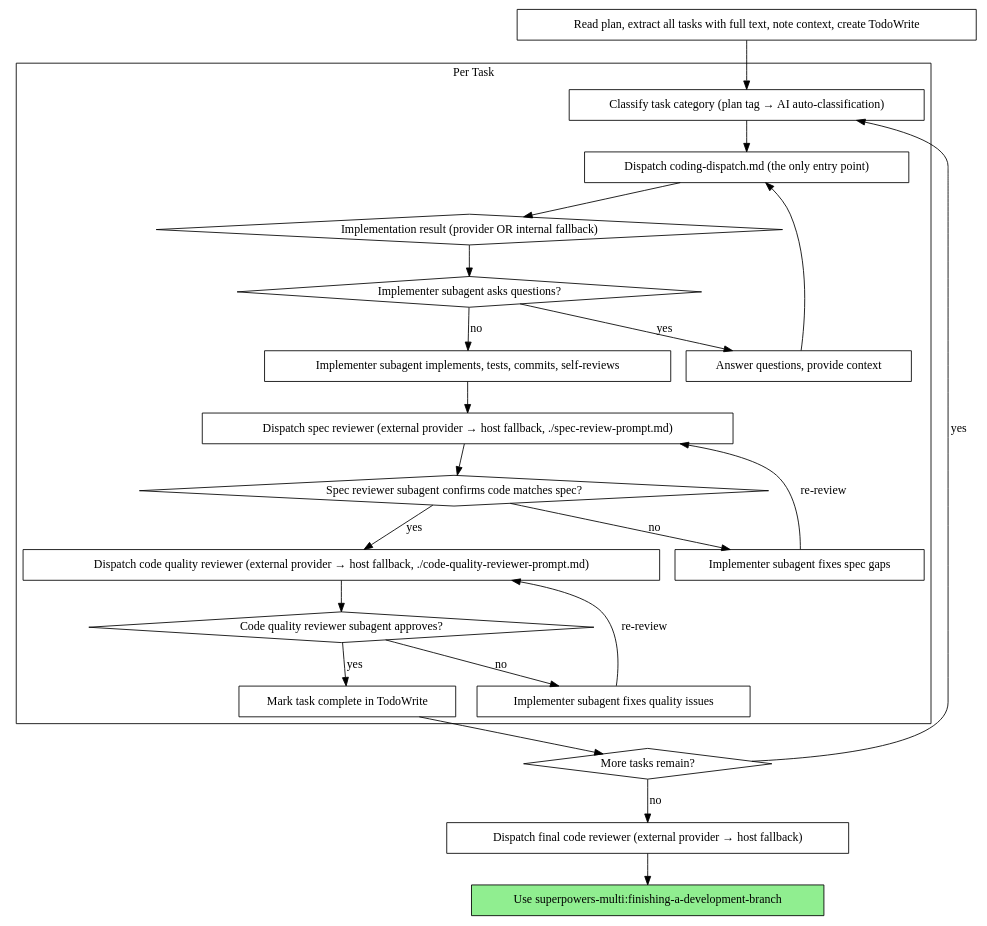
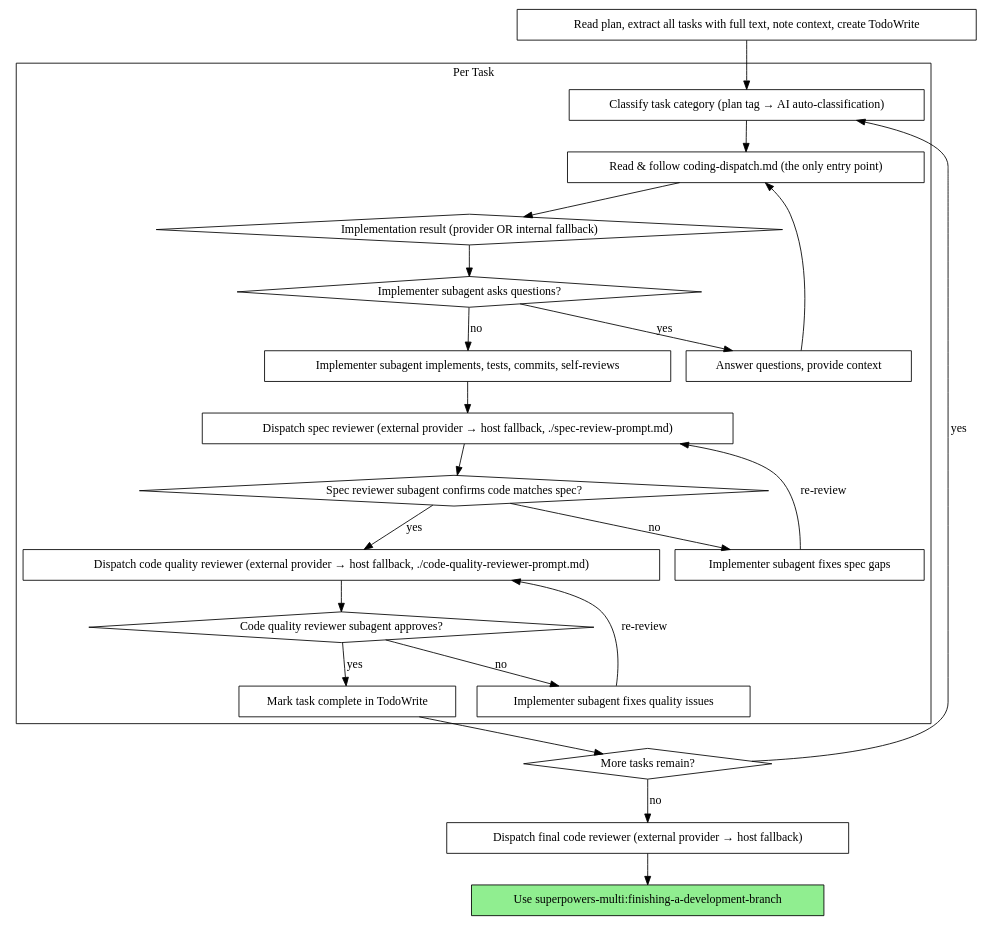
Before and after one commit to undrthemt/superpowers-multi: the second of 2 diagrams in skills/subagent-driven-development/SKILL.md, drawn with Graphviz. The commit also changed other lines of this file, not shown here.

Commit message:
feat(sdd): replace 'invoke X.md' with 'Read & follow X.md' in SKILL.md

````diff
--- a/skills/subagent-driven-development/SKILL.md
+++ b/skills/subagent-driven-development/SKILL.md
@@ -89,48 +89,48 @@
 ```dot
 digraph process {
     rankdir=TB;
 
     subgraph cluster_per_task {
         label="Per Task";
         "Classify task category (plan tag → AI auto-classification)" [shape=box];
-        "Dispatch coding-dispatch.md (the only entry point)" [shape=box];
+        "Read & follow coding-dispatch.md (the only entry point)" [shape=box];
         "Implementation result (provider OR internal fallback)" [shape=diamond];
         "Implementer subagent asks questions?" [shape=diamond];
         "Answer questions, provide context" [shape=box];
         "Implementer subagent implements, tests, commits, self-reviews" [shape=box];
         "Dispatch spec reviewer (external provider → host fallback, ./spec-review-prompt.md)" [shape=box];
         "Spec reviewer subagent confirms code matches spec?" [shape=diamond];
         "Implementer subagent fixes spec gaps" [shape=box];
         "Dispatch code quality reviewer (external provider → host fallback, ./code-quality-reviewer-prompt.md)" [shape=box];
         "Code quality reviewer subagent approves?" [shape=diamond];
         "Implementer subagent fixes quality issues" [shape=box];
         "Mark task complete in TodoWrite" [shape=box];
     }
 
     "Read plan, extract all tasks with full text, note context, create TodoWrite" [shape=box];
     "More tasks remain?" [shape=diamond];
     "Dispatch final code reviewer (external provider → host fallback)" [shape=box];
     "Use superpowers-multi:finishing-a-development-branch" [shape=box style=filled fillcolor=lightgreen];
 
     "Read plan, extract all tasks with full text, note context, create TodoWrite" -> "Classify task category (plan tag → AI auto-classification)";
-    "Classify task category (plan tag → AI auto-classification)" -> "Dispatch coding-dispatch.md (the only entry point)";
-    "Dispatch coding-dispatch.md (the only entry point)" -> "Implementation result (provider OR internal fallback)";
+    "Classify task category (plan tag → AI auto-classification)" -> "Read & follow coding-dispatch.md (the only entry point)";
+    "Read & follow coding-dispatch.md (the only entry point)" -> "Implementation result (provider OR internal fallback)";
     "Implementation result (provider OR internal fallback)" -> "Implementer subagent asks questions?";
     "Implementer subagent asks questions?" -> "Answer questions, provide context" [label="yes"];
-    "Answer questions, provide context" -> "Dispatch coding-dispatch.md (the only entry point)";
+    "Answer questions, provide context" -> "Read & follow coding-dispatch.md (the only entry point)";
     "Implementer subagent asks questions?" -> "Implementer subagent implements, tests, commits, self-reviews" [label="no"];
     "Implementer subagent implements, tests, commits, self-reviews" -> "Dispatch spec reviewer (external provider → host fallback, ./spec-review-prompt.md)";
     "Dispatch spec reviewer (external provider → host fallback, ./spec-review-prompt.md)" -> "Spec reviewer subagent confirms code matches spec?";
     "Spec reviewer subagent confirms code matches spec?" -> "Implementer subagent fixes spec gaps" [label="no"];
     "Implementer subagent fixes spec gaps" -> "Dispatch spec reviewer (external provider → host fallback, ./spec-review-prompt.md)" [label="re-review"];
     "Spec reviewer subagent confirms code matches spec?" -> "Dispatch code quality reviewer (external provider → host fallback, ./code-quality-reviewer-prompt.md)" [label="yes"];
     "Dispatch code quality reviewer (external provider → host fallback, ./code-quality-reviewer-prompt.md)" -> "Code quality reviewer subagent approves?";
     "Code quality reviewer subagent approves?" -> "Implementer subagent fixes quality issues" [label="no"];
     "Implementer subagent fixes quality issues" -> "Dispatch code quality reviewer (external provider → host fallback, ./code-quality-reviewer-prompt.md)" [label="re-review"];
     "Code quality reviewer subagent approves?" -> "Mark task complete in TodoWrite" [label="yes"];
     "Mark task complete in TodoWrite" -> "More tasks remain?";
     "More tasks remain?" -> "Classify task category (plan tag → AI auto-classification)" [label="yes"];
     "More tasks remain?" -> "Dispatch final code reviewer (external provider → host fallback)" [label="no"];
     "Dispatch final code reviewer (external provider → host fallback)" -> "Use superpowers-multi:finishing-a-development-branch";
 }
 ```
````
